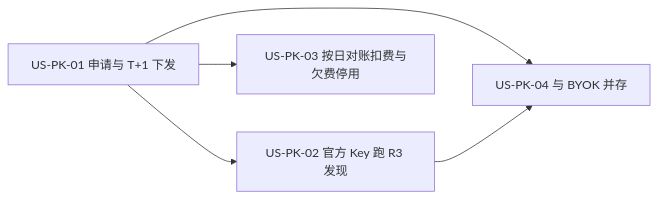
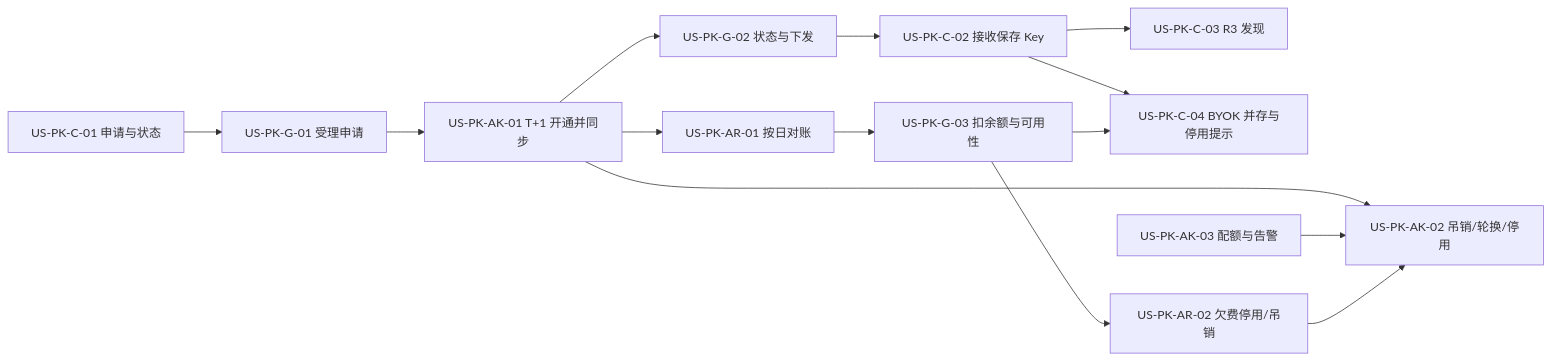
One commit to Pedro-MAFS/ftcs changed the second of 2 diagrams in docs/30-需求-Places官方通道按用户下发APIKey.md. Above: the diagram before and after it, drawn with Mermaid. The commit also changed other lines of this file, not shown here.

First line of the commit message:
docs(US-PK): 按系统拆分 Places 官方 Key 需求（客户端/gateway 服务/管理端 Key 管理/对账）

````diff
--- a/docs/30-需求-Places官方通道按用户下发APIKey.md
+++ b/docs/30-需求-Places官方通道按用户下发APIKey.md
@@ -82,11 +360,16 @@
 ```mermaid
 flowchart LR
-  PK01[US-PK-01 申请与 T+1 下发]
-  PK02[US-PK-02 官方 Key 跑 R3 发现]
-  PK03[US-PK-03 按日对账扣费与欠费停用]
-  PK04[US-PK-04 与 BYOK 并存]
-  PK01 --> PK02
-  PK01 --> PK03
-  PK01 --> PK04
-  PK02 --> PK04
+  G01[US-PK-G-01 受理申请] --> AK01[US-PK-AK-01 T+1 开通并同步]
+  C01[US-PK-C-01 申请与状态] --> G01
+  AK01 --> G02[US-PK-G-02 状态与下发]
+  G02 --> C02[US-PK-C-02 接收保存 Key]
+  C02 --> C03[US-PK-C-03 R3 发现]
+  C02 --> C04[US-PK-C-04 BYOK 并存与停用提示]
+  AK01 --> AK02[US-PK-AK-02 吊销/轮换/停用]
+  AK03[US-PK-AK-03 配额与告警] --> AK02
+  AK01 --> AR01[US-PK-AR-01 按日对账]
+  AR01 --> G03[US-PK-G-03 扣余额与可用性]
+  G03 --> AR02[US-PK-AR-02 欠费停用/吊销]
+  AR02 --> AK02
+  G03 --> C04
 ```
````
